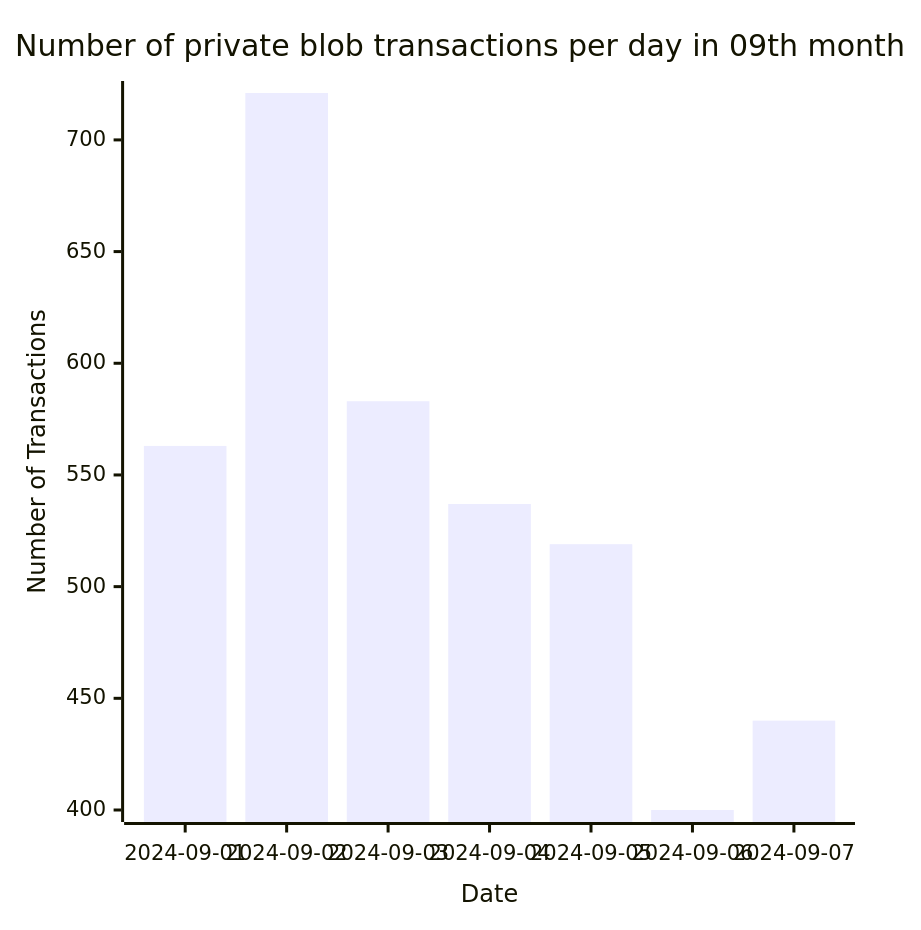
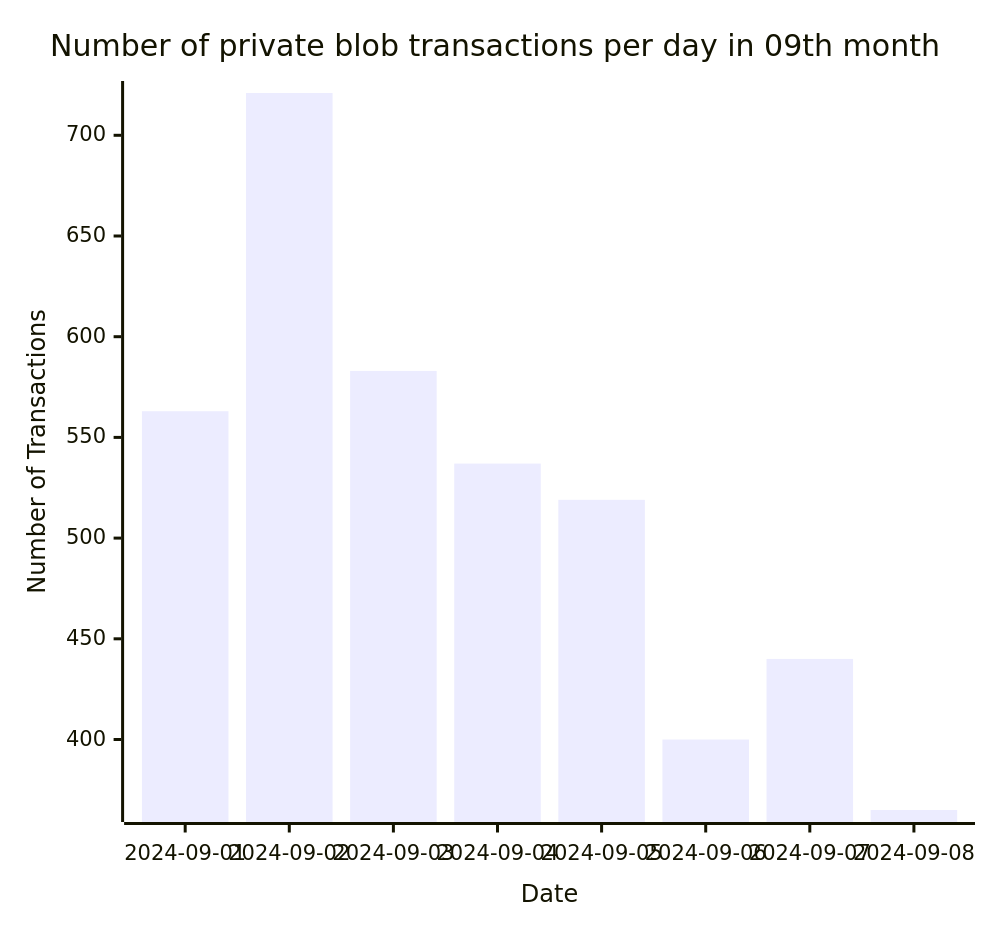
Before and after one commit to Amit0617/eip4844-data: the seventh of 7 diagrams in README.md, drawn with Mermaid. The commit also changed 1 other file, not shown here.

````diff
--- a/README.md
+++ b/README.md
@@ -79,12 +79,12 @@
 ```mermaid
 ---
 config:
     xyChart:
-        width: 560
+        width: 640
         height: 600
 ---
 xychart-beta title "Number of private blob transactions per day in 09th month"
-x-axis "Date" [2024-09-01,2024-09-02,2024-09-03,2024-09-04,2024-09-05,2024-09-06,2024-09-07]
+x-axis "Date" [2024-09-01,2024-09-02,2024-09-03,2024-09-04,2024-09-05,2024-09-06,2024-09-07,2024-09-08]
 y-axis "Number of Transactions"
-bar[563,721,583,537,519,400,440]
+bar[563,721,583,537,519,400,440,365]
 ```
````
